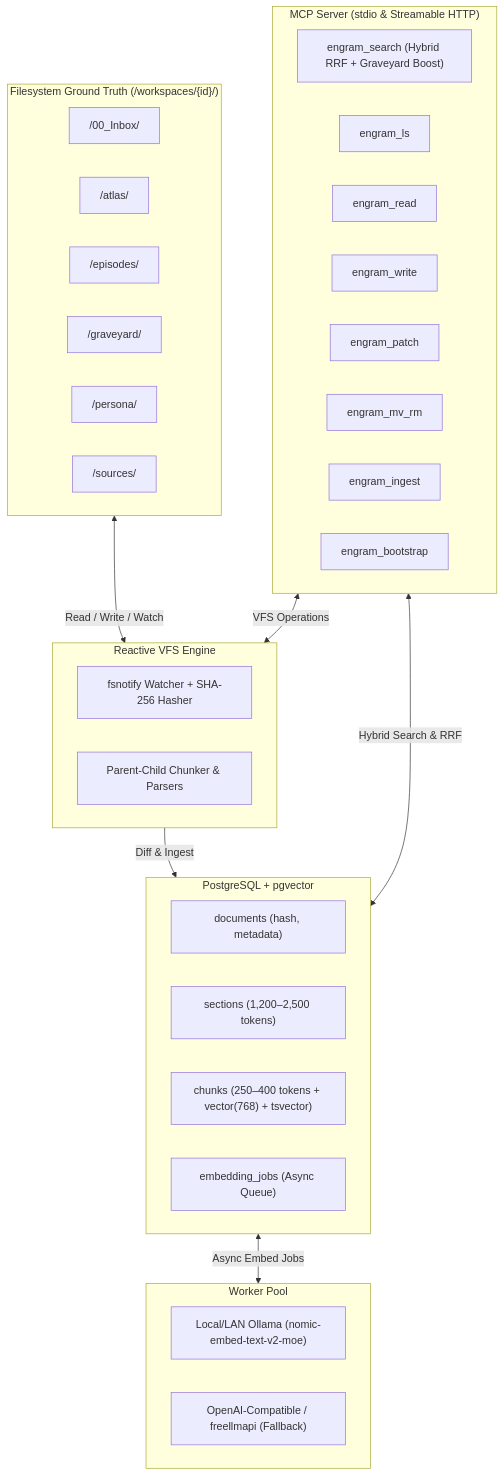
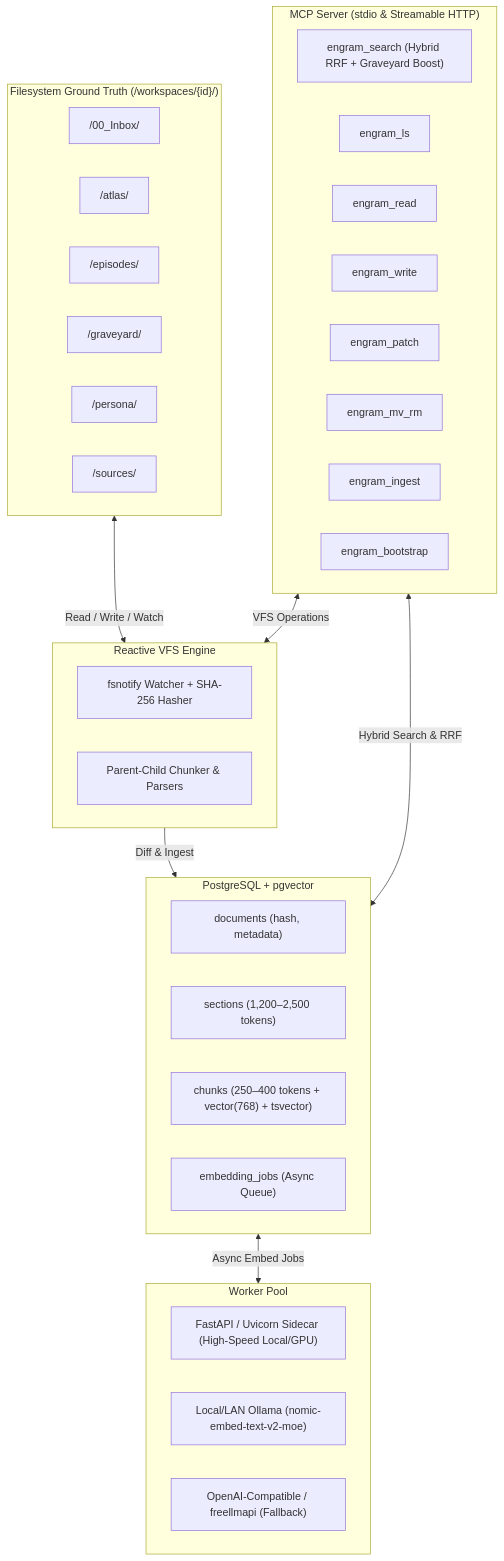
Before and after one commit to Windowsfreak/engram-mcp: the diagram in README.md, drawn with Mermaid. The commit also changed 10 other files, not shown here.

Commit message:
feat: add high-throughput FastAPI/Uvicorn embed sidecar for nomic-embed-text-v2-moe

````diff
--- a/README.md
+++ b/README.md
@@ -15,45 +15,46 @@
 ```mermaid
 graph TD
     subgraph Filesystem ["Filesystem Ground Truth (/workspaces/{id}/)"]
         A1["/00_Inbox/"]
         A2["/atlas/"]
         A3["/episodes/"]
         A4["/graveyard/"]
         A5["/persona/"]
         A6["/sources/"]
     end
 
     subgraph SyncEngine ["Reactive VFS Engine"]
         W["fsnotify Watcher + SHA-256 Hasher"]
         P["Parent-Child Chunker & Parsers"]
     end
 
     subgraph Database ["PostgreSQL + pgvector"]
         D["documents (hash, metadata)"]
         S["sections (1,200–2,500 tokens)"]
         C["chunks (250–400 tokens + vector(768) + tsvector)"]
         Q["embedding_jobs (Async Queue)"]
     end
 
     subgraph Embedders ["Worker Pool"]
+        SIDECAR["FastAPI / Uvicorn Sidecar (High-Speed Local/GPU)"]
         OLLAMA["Local/LAN Ollama (nomic-embed-text-v2-moe)"]
         OPENAI["OpenAI-Compatible / freellmapi (Fallback)"]
     end
 
     subgraph MCPInterface ["MCP Server (stdio & Streamable HTTP)"]
         T1["engram_search (Hybrid RRF + Graveyard Boost)"]
         T2["engram_ls"]
         T3["engram_read"]
         T4["engram_write"]
         T5["engram_patch"]
         T6["engram_mv_rm"]
         T7["engram_ingest"]
         T8["engram_bootstrap"]
     end
 
     Filesystem <-->|Read / Write / Watch| SyncEngine
     SyncEngine -->|Diff & Ingest| Database
     Database <-->|Async Embed Jobs| Embedders
     MCPInterface <-->|VFS Operations| SyncEngine
     MCPInterface <-->|Hybrid Search & RRF| Database
 ```
````
